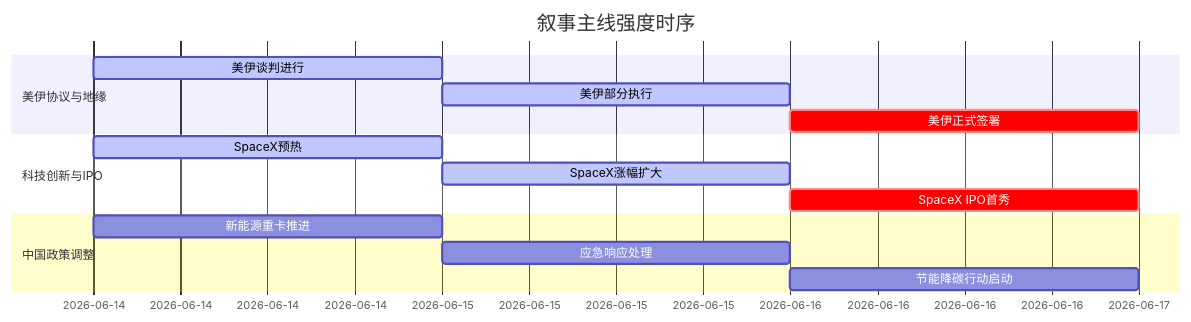
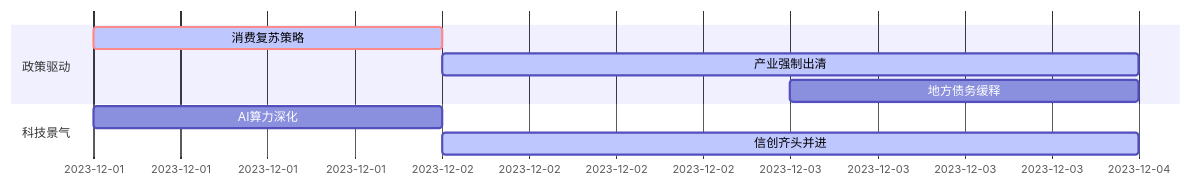
The diagram in 5day_report.md (uu5zn/uu5zn.github.io), drawn with Mermaid before and after one commit. The commit also changed other lines of this file and 18 other files, not shown here.

````diff
--- a/5day_report.md
+++ b/5day_report.md
@@ -53,19 +52,12 @@
-```mermaid
-gantt
-    title 叙事主线强度时序
-    dateFormat  YYYY-MM-DD
-    section 美伊协议与地缘
-    美伊谈判进行   :active, 2026-06-14, 1d
-    美伊部分执行   :active, 2026-06-15, 1d
-    美伊正式签署   :crit, 2026-06-16, 1d
-    
-    section 科技创新与IPO
-    SpaceX预热   :active, 2026-06-14, 1d
-    SpaceX涨幅扩大   :active, 2026-06-15, 1d
-    SpaceX IPO首秀   :crit, 2026-06-16, 1d
-    
-    section 中国政策调整
-    新能源重卡推进   :2026-06-14, 1d
-    应急响应处理   :2026-06-15, 1d
-    节能降碳行动启动   :2026-06-16, 1d
-```
+```mermaid  
+gantt  
+dateFormat YYYY-MM-DD  
+section 政策驱动  
+消费复苏策略 :crit, active, 2023-12-01, 1d  
+产业强制出清 :active, 2023-12-02, 2d  
+地方债务缓释 :2023-12-03, 1d  
+
+section 科技景气  
+AI算力深化 :2023-12-01, 1d  
+信创齐头并进 :active, 2023-12-02, 2d  
+```  
````
